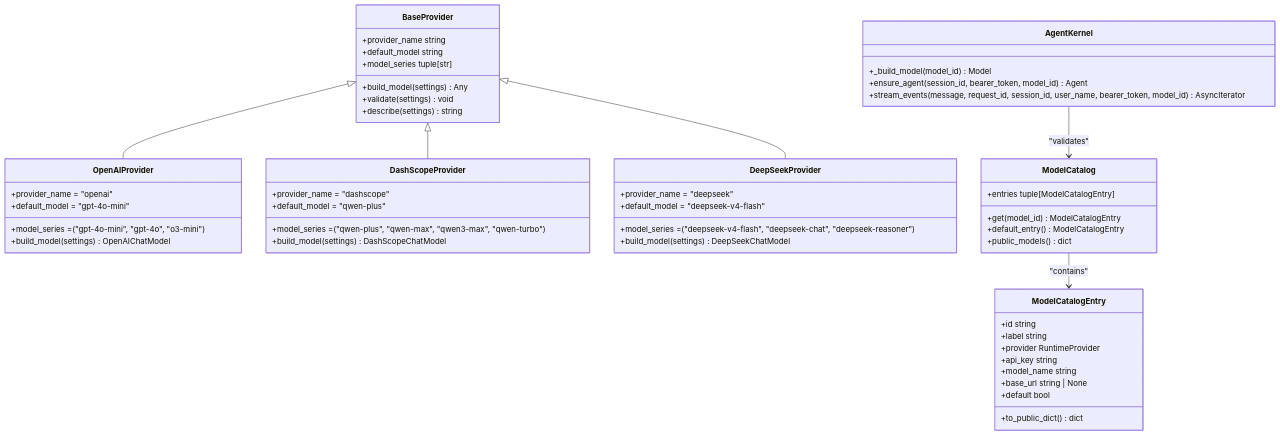
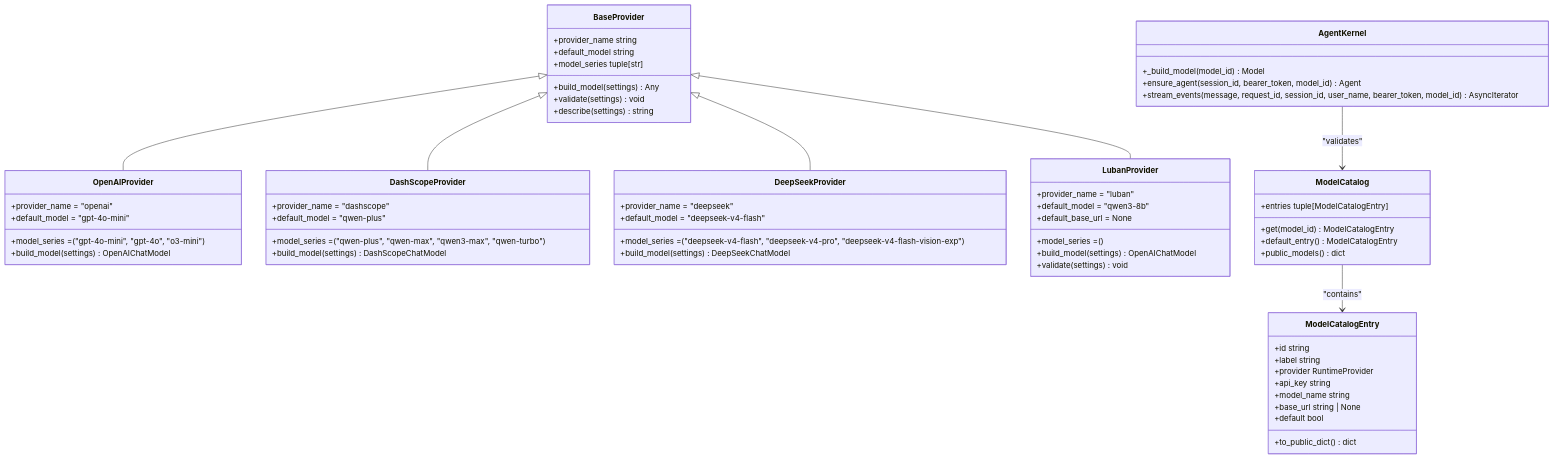
Before and after one commit to metasync/luban-aiops: the second of 6 diagrams in .qoder/repowiki/en/content/Agent Platform Service/Provider Registry and Multi-Provider Support.md, drawn with Mermaid. The commit also changed other lines of this file and 16 other files, not shown here.

````diff
--- a/.qoder/repowiki/en/content/Agent Platform Service/Provider Registry and Multi-Provider Support.md
+++ b/.qoder/repowiki/en/content/Agent Platform Service/Provider Registry and Multi-Provider Support.md
@@ -140,55 +144,64 @@
 ```mermaid
 classDiagram
 class BaseProvider {
 +provider_name string
 +default_model string
 +model_series tuple[str]
 +build_model(settings) Any
 +validate(settings) void
 +describe(settings) string
 }
 class OpenAIProvider {
 +provider_name = "openai"
 +default_model = "gpt-4o-mini"
 +model_series = ("gpt-4o-mini", "gpt-4o", "o3-mini")
 +build_model(settings) OpenAIChatModel
 }
 class DashScopeProvider {
 +provider_name = "dashscope"
 +default_model = "qwen-plus"
 +model_series = ("qwen-plus", "qwen-max", "qwen3-max", "qwen-turbo")
 +build_model(settings) DashScopeChatModel
 }
 class DeepSeekProvider {
 +provider_name = "deepseek"
 +default_model = "deepseek-v4-flash"
-+model_series = ("deepseek-v4-flash", "deepseek-chat", "deepseek-reasoner")
++model_series = ("deepseek-v4-flash", "deepseek-v4-pro", "deepseek-v4-flash-vision-exp")
 +build_model(settings) DeepSeekChatModel
+}
+class LubanProvider {
++provider_name = "luban"
++default_model = "qwen3-8b"
++model_series = ()
++default_base_url = None
++build_model(settings) OpenAIChatModel
++validate(settings) void
 }
 class ModelCatalogEntry {
 +id string
 +label string
 +provider RuntimeProvider
 +api_key string
 +model_name string
 +base_url string | None
 +default bool
 +to_public_dict() dict
 }
 class ModelCatalog {
 +entries tuple[ModelCatalogEntry]
 +get(model_id) ModelCatalogEntry
 +default_entry() ModelCatalogEntry
 +public_models() dict
 }
 class AgentKernel {
 +_build_model(model_id) Model
 +ensure_agent(session_id, bearer_token, model_id) Agent
 +stream_events(message, request_id, session_id, user_name, bearer_token, model_id) AsyncIterator
 }
 BaseProvider <|-- OpenAIProvider
 BaseProvider <|-- DashScopeProvider
 BaseProvider <|-- DeepSeekProvider
+BaseProvider <|-- LubanProvider
 ModelCatalog --> ModelCatalogEntry : "contains"
 AgentKernel --> ModelCatalog : "validates"
 ```
````
